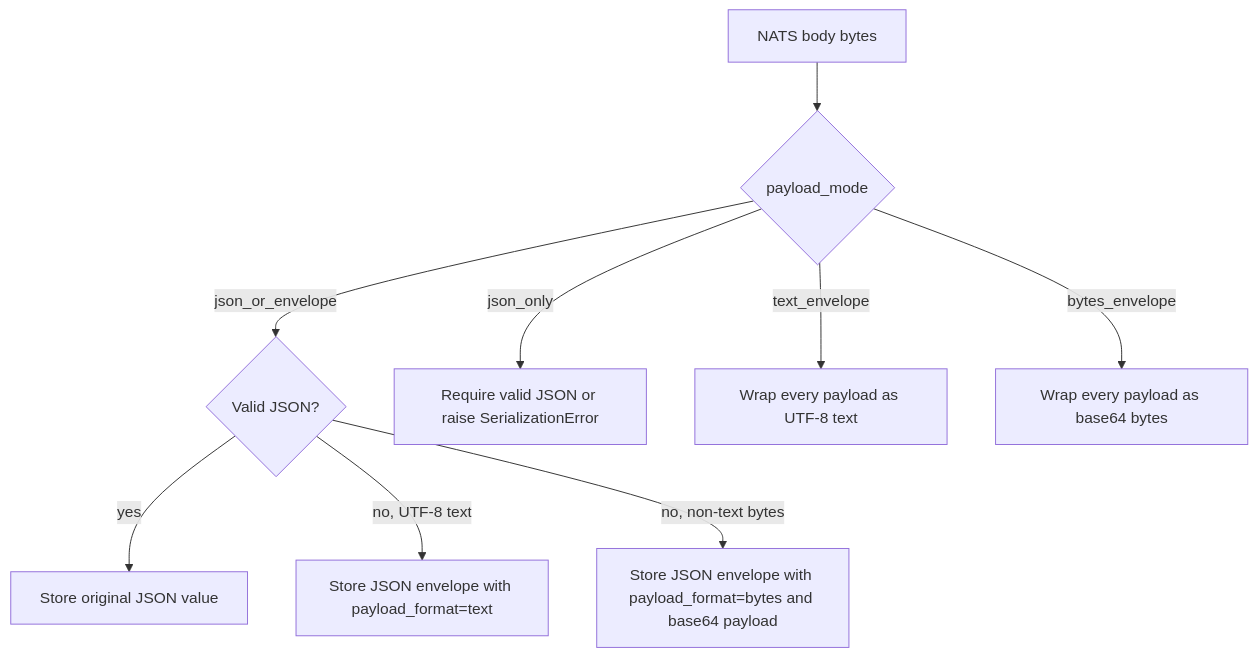
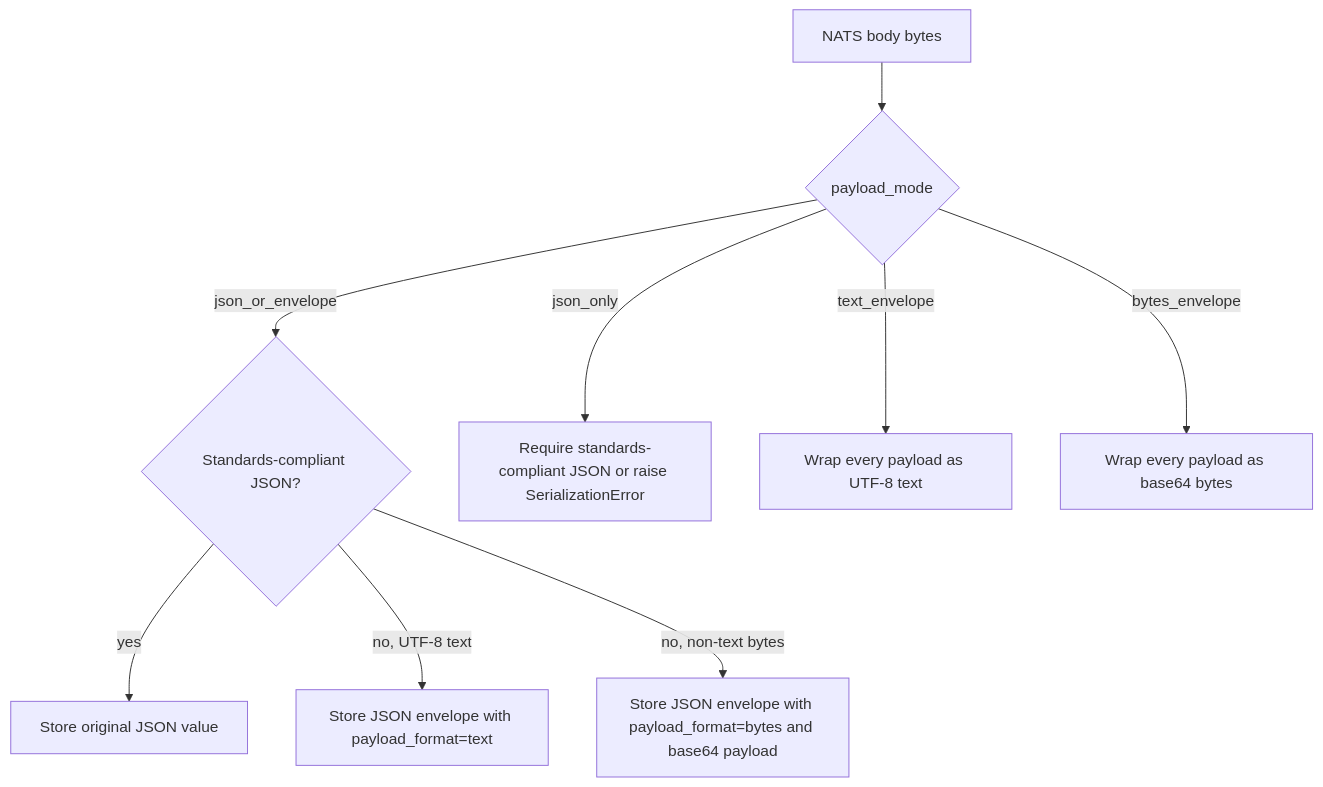
Before and after one commit to ProjectCuillin/nats-sinks: the second of 5 diagrams in docs/sink-framework.md, drawn with Mermaid. The commit also changed other lines of this file and 345 other files, not shown here.

````diff
--- a/docs/sink-framework.md
+++ b/docs/sink-framework.md
@@ -100,11 +105,11 @@
 ```mermaid
 flowchart TD
     B[NATS body bytes] --> M{payload_mode}
-    M -->|json_or_envelope| J{Valid JSON?}
+    M -->|json_or_envelope| J{Standards-compliant JSON?}
     J -->|yes| Raw[Store original JSON value]
     J -->|no, UTF-8 text| Text[Store JSON envelope with payload_format=text]
     J -->|no, non-text bytes| Bytes[Store JSON envelope with payload_format=bytes and base64 payload]
-    M -->|json_only| Strict[Require valid JSON or raise SerializationError]
+    M -->|json_only| Strict[Require standards-compliant JSON or raise SerializationError]
     M -->|text_envelope| TextOnly[Wrap every payload as UTF-8 text]
     M -->|bytes_envelope| BytesOnly[Wrap every payload as base64 bytes]
 ```
````
